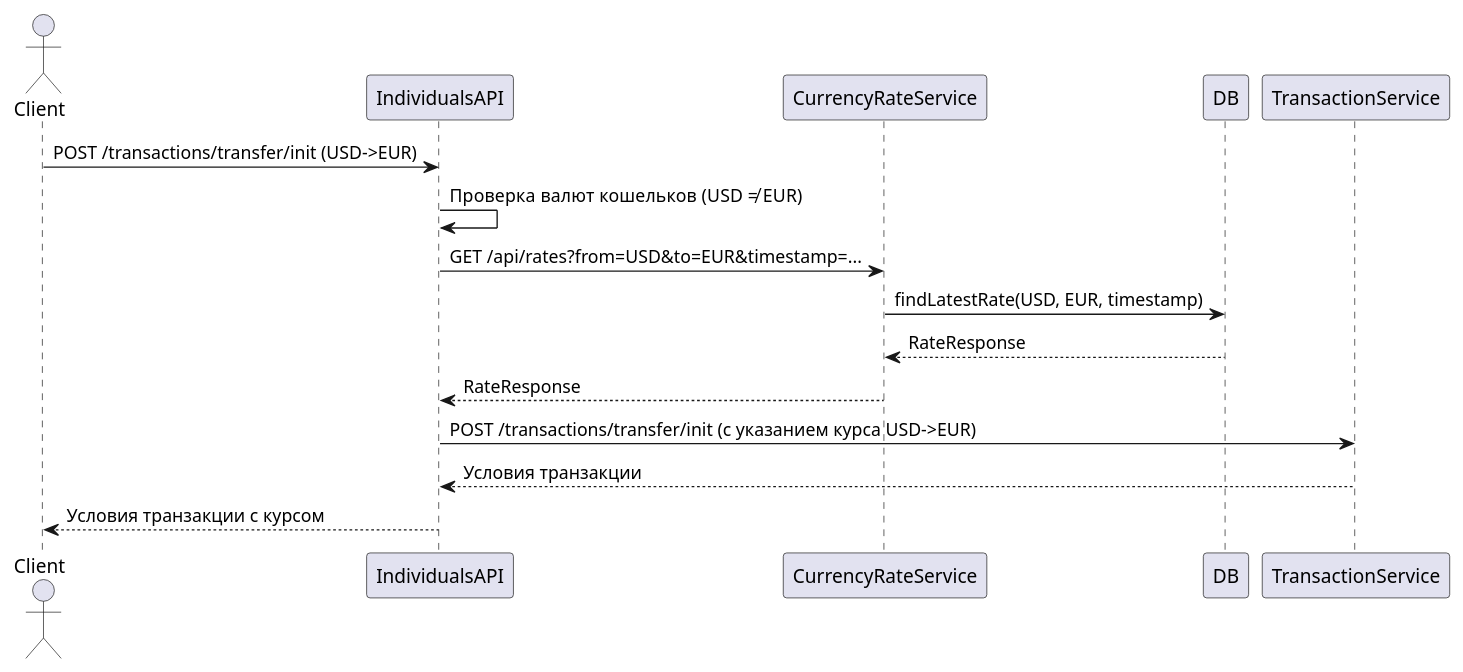
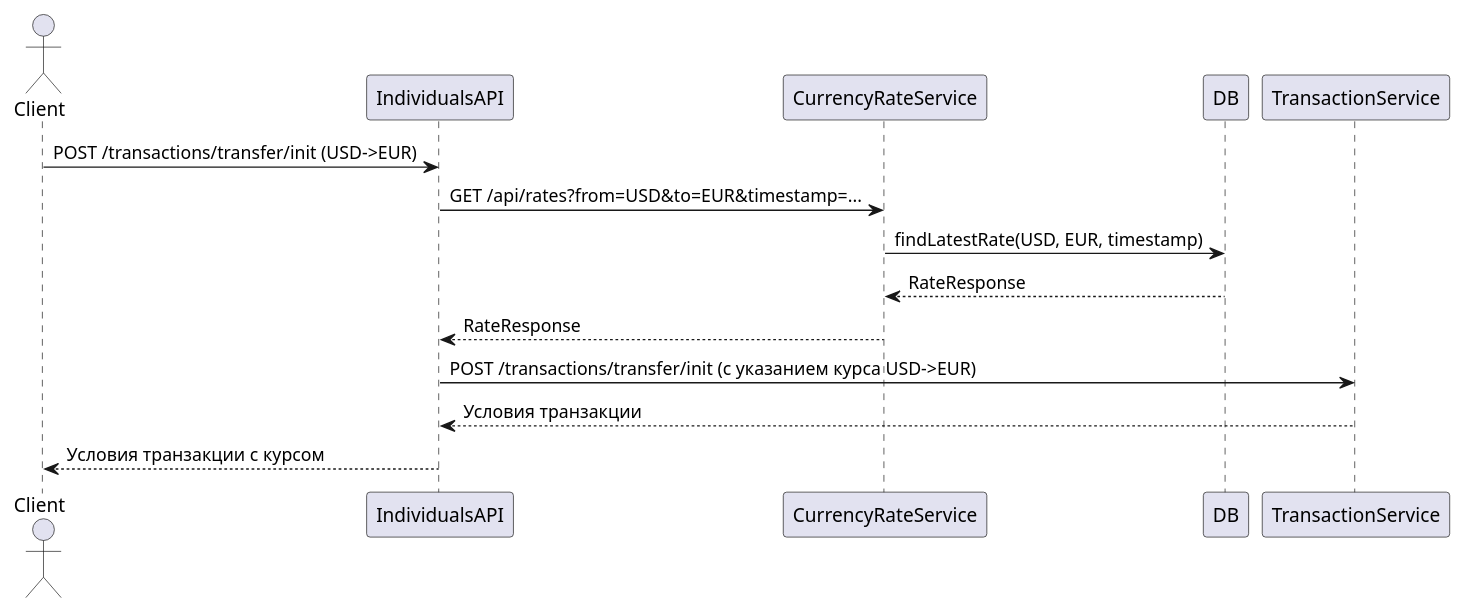
The diagram in diagrams/module_4/sequence_diagram_m4.puml (ubivza/payment-system), drawn with PlantUML before and after one commit.

Commit message:
diagrams module 4

```diff
--- a/diagrams/module_4/sequence_diagram_m4.puml
+++ b/diagrams/module_4/sequence_diagram_m4.puml
@@ -1,17 +1,16 @@
 @startuml
 actor Client
 participant IndividualsAPI
 participant CurrencyRateService
 participant DB
 participant TransactionService
 
 Client -> IndividualsAPI: POST /transactions/transfer/init (USD->EUR)
-IndividualsAPI -> IndividualsAPI: Проверка валют кошельков (USD ≠ EUR)
 IndividualsAPI -> CurrencyRateService: GET /api/rates?from=USD&to=EUR&timestamp=...
 CurrencyRateService -> DB: findLatestRate(USD, EUR, timestamp)
 DB --> CurrencyRateService: RateResponse
 CurrencyRateService --> IndividualsAPI: RateResponse
 IndividualsAPI -> TransactionService: POST /transactions/transfer/init (с указанием курса USD->EUR)
 TransactionService --> IndividualsAPI: Условия транзакции
 IndividualsAPI --> Client: Условия транзакции с курсом
 @enduml
```
